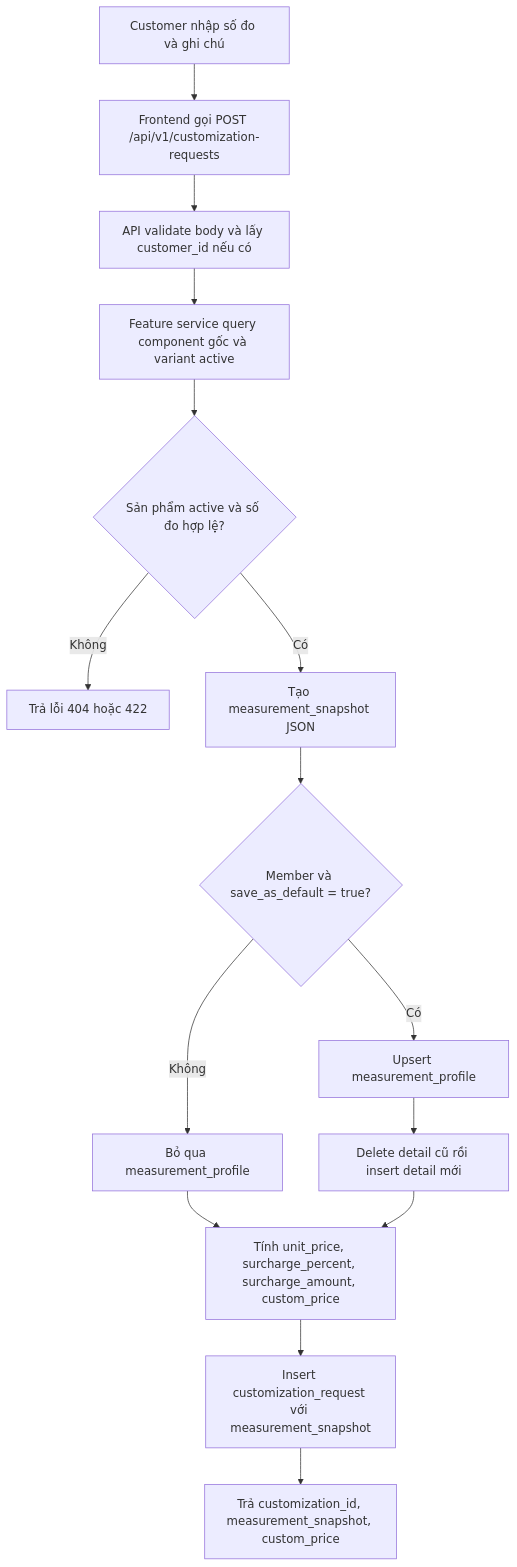
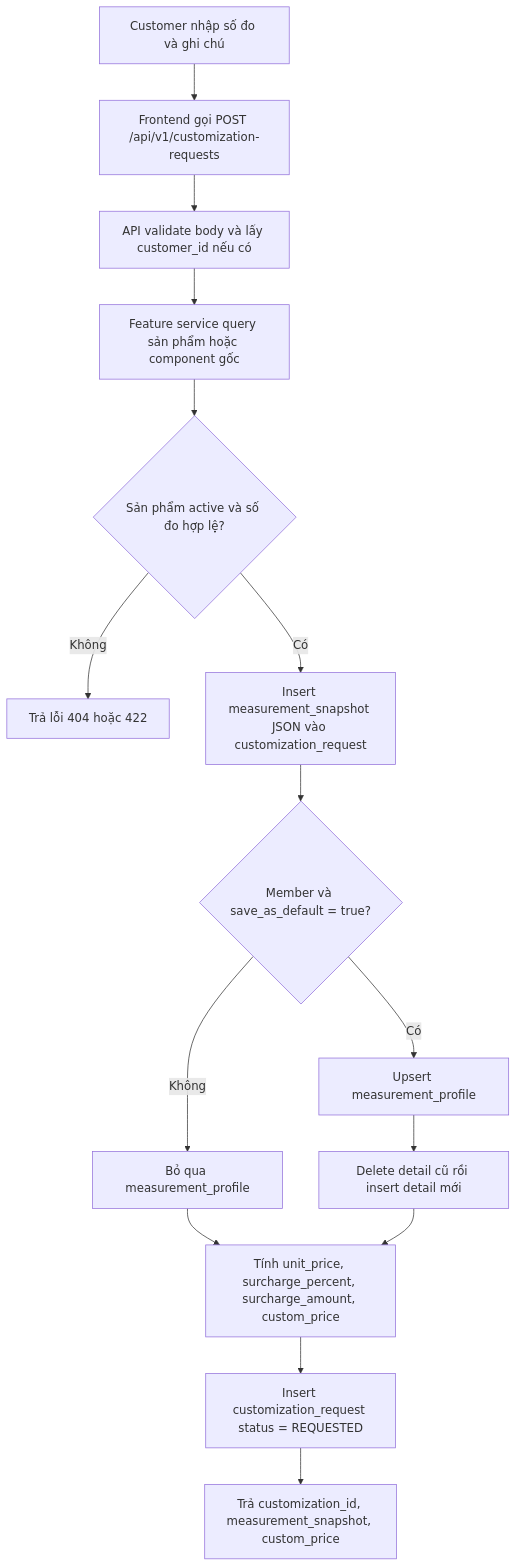
One commit to pamern/xeoxo-web-dev changed the seventh of 13 diagrams in docs/diagrams/activity_diagram.md. Above: the diagram before and after it, drawn with Mermaid. The commit also changed other lines of this file and 5 other files, not shown here.

````diff
--- a/docs/diagrams/activity_diagram.md
+++ b/docs/diagrams/activity_diagram.md
@@ -83,17 +170,17 @@
 ```mermaid
 flowchart TD
   A[Customer nhập số đo và ghi chú] --> B[Frontend gọi POST /api/v1/customization-requests]
   B --> C[API validate body và lấy customer_id nếu có]
-  C --> D[Feature service query component gốc và variant active]
+  C --> D[Feature service query sản phẩm hoặc component gốc]
   D --> E{Sản phẩm active và số đo hợp lệ?}
   E -->|Không| F[Trả lỗi 404 hoặc 422]
-  E -->|Có| G[Tạo measurement_snapshot JSON]
+  E -->|Có| G[Insert measurement_snapshot JSON vào customization_request]
   G --> H{Member và save_as_default = true?}
   H -->|Không| I[Bỏ qua measurement_profile]
   H -->|Có| J[Upsert measurement_profile]
   J --> K[Delete detail cũ rồi insert detail mới]
   I --> L[Tính unit_price, surcharge_percent, surcharge_amount, custom_price]
   K --> L
-  L --> M[Insert customization_request với measurement_snapshot]
+  L --> M[Insert customization_request status = REQUESTED]
   M --> N[Trả customization_id, measurement_snapshot, custom_price]
 ```
````
